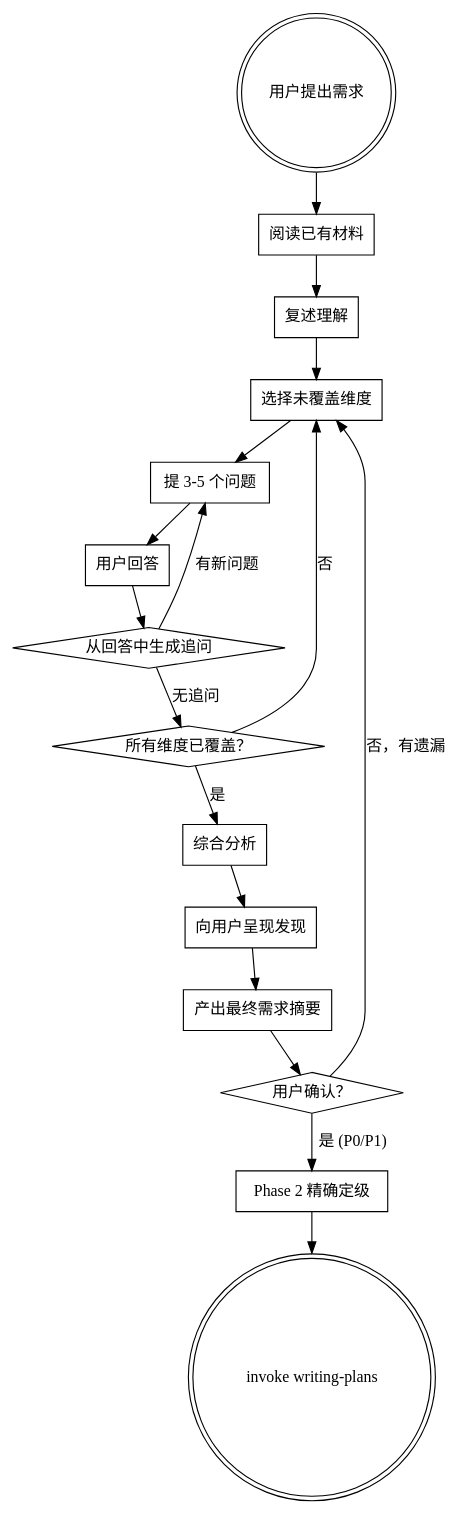
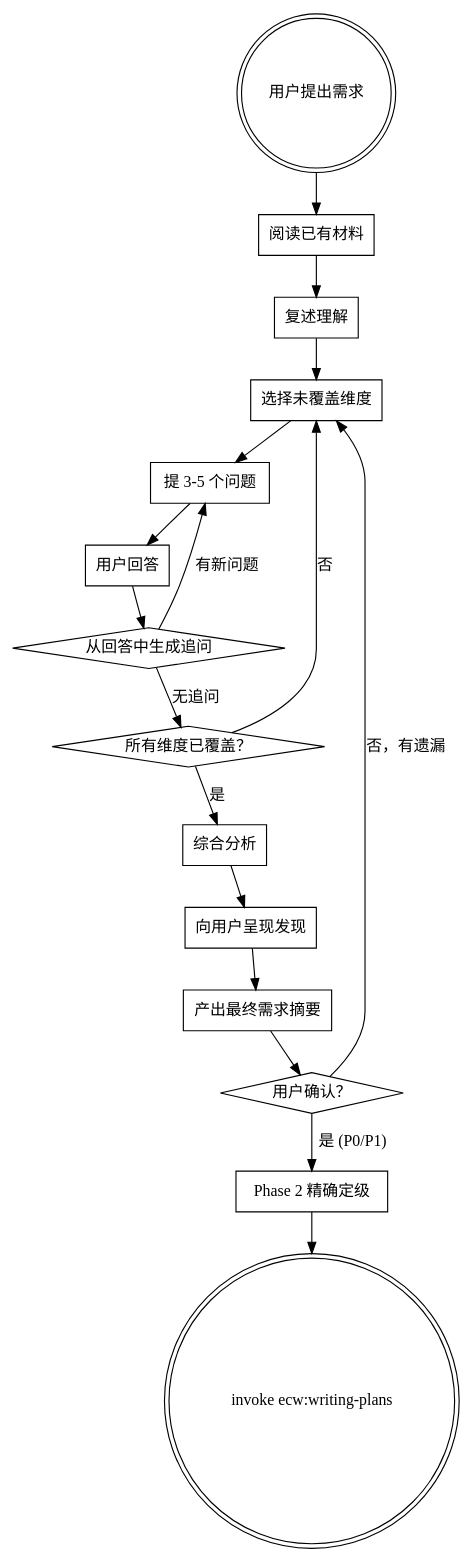
Before and after one commit to Aimeerrhythm/enterprise-change-workflow: the diagram in skills/requirements-elicitation/SKILL.md, drawn with Graphviz. The commit also changed other lines of this file and 18 other files, not shown here.

````diff
--- a/skills/requirements-elicitation/SKILL.md
+++ b/skills/requirements-elicitation/SKILL.md
@@ -46,37 +46,37 @@
 ```dot
 digraph requirements {
   rankdir=TB;
   
   "用户提出需求" [shape=doublecircle];
   "阅读已有材料" [shape=box];
   "复述理解" [shape=box];
   "选择未覆盖维度" [shape=box];
   "提 3-5 个问题" [shape=box];
   "用户回答" [shape=box];
   "从回答中生成追问" [shape=diamond];
   "所有维度已覆盖？" [shape=diamond];
   "综合分析" [shape=box];
   "向用户呈现发现" [shape=box];
   "产出最终需求摘要" [shape=box];
   "用户确认？" [shape=diamond];
   "Phase 2 精确定级" [shape=box];
-  "invoke writing-plans" [shape=doublecircle];
+  "invoke ecw:writing-plans" [shape=doublecircle];
 
   "用户提出需求" -> "阅读已有材料";
   "阅读已有材料" -> "复述理解";
   "复述理解" -> "选择未覆盖维度";
   "选择未覆盖维度" -> "提 3-5 个问题";
   "提 3-5 个问题" -> "用户回答";
   "用户回答" -> "从回答中生成追问";
   "从回答中生成追问" -> "提 3-5 个问题" [label="有新问题"];
   "从回答中生成追问" -> "所有维度已覆盖？" [label="无追问"];
   "所有维度已覆盖？" -> "选择未覆盖维度" [label="否"];
   "所有维度已覆盖？" -> "综合分析" [label="是"];
   "综合分析" -> "向用户呈现发现";
   "向用户呈现发现" -> "产出最终需求摘要";
   "产出最终需求摘要" -> "用户确认？";
   "用户确认？" -> "选择未覆盖维度" [label="否，有遗漏"];
   "用户确认？" -> "Phase 2 精确定级" [label="是 (P0/P1)"];
-  "Phase 2 精确定级" -> "invoke writing-plans";
+  "Phase 2 精确定级" -> "invoke ecw:writing-plans";
 }
 ```
````
